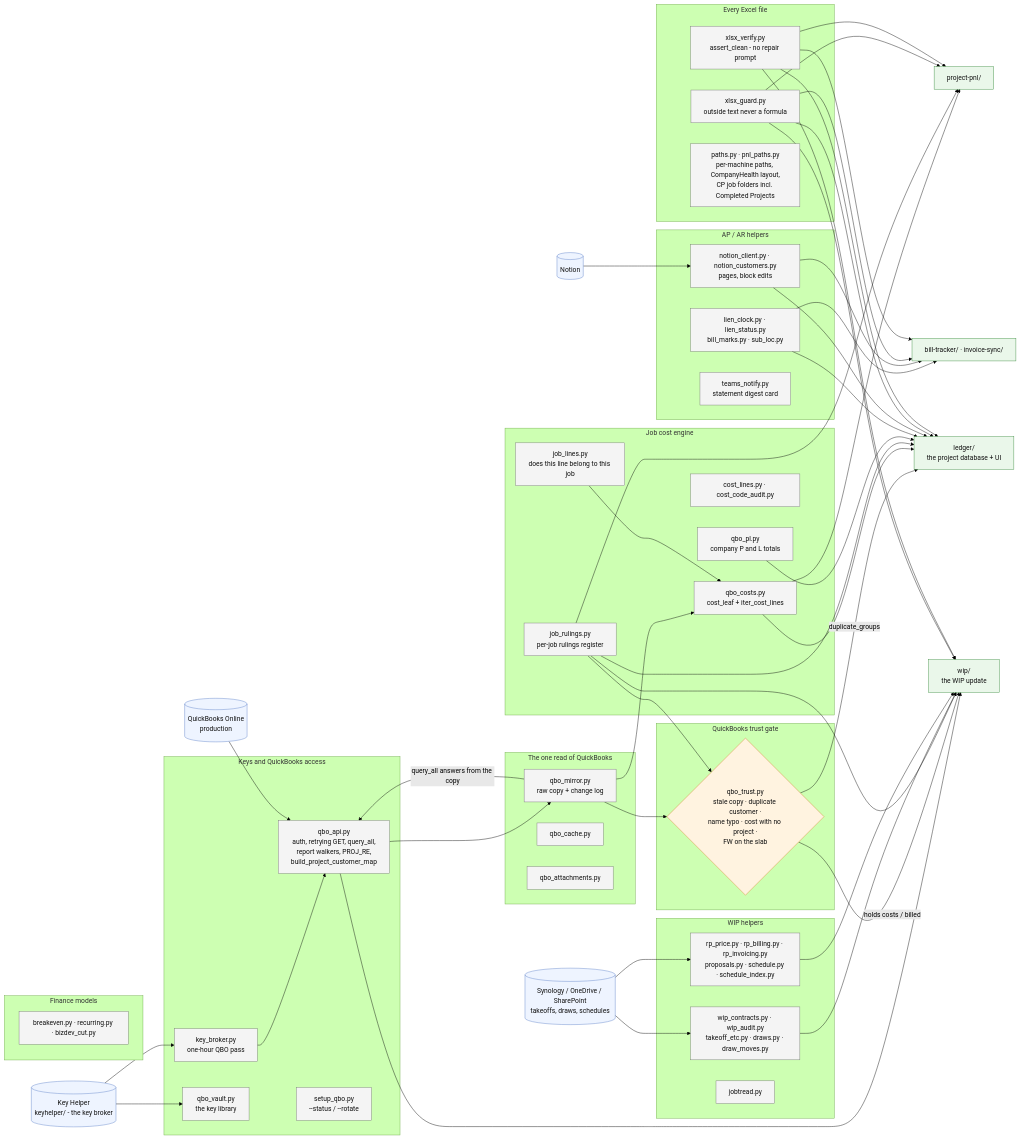
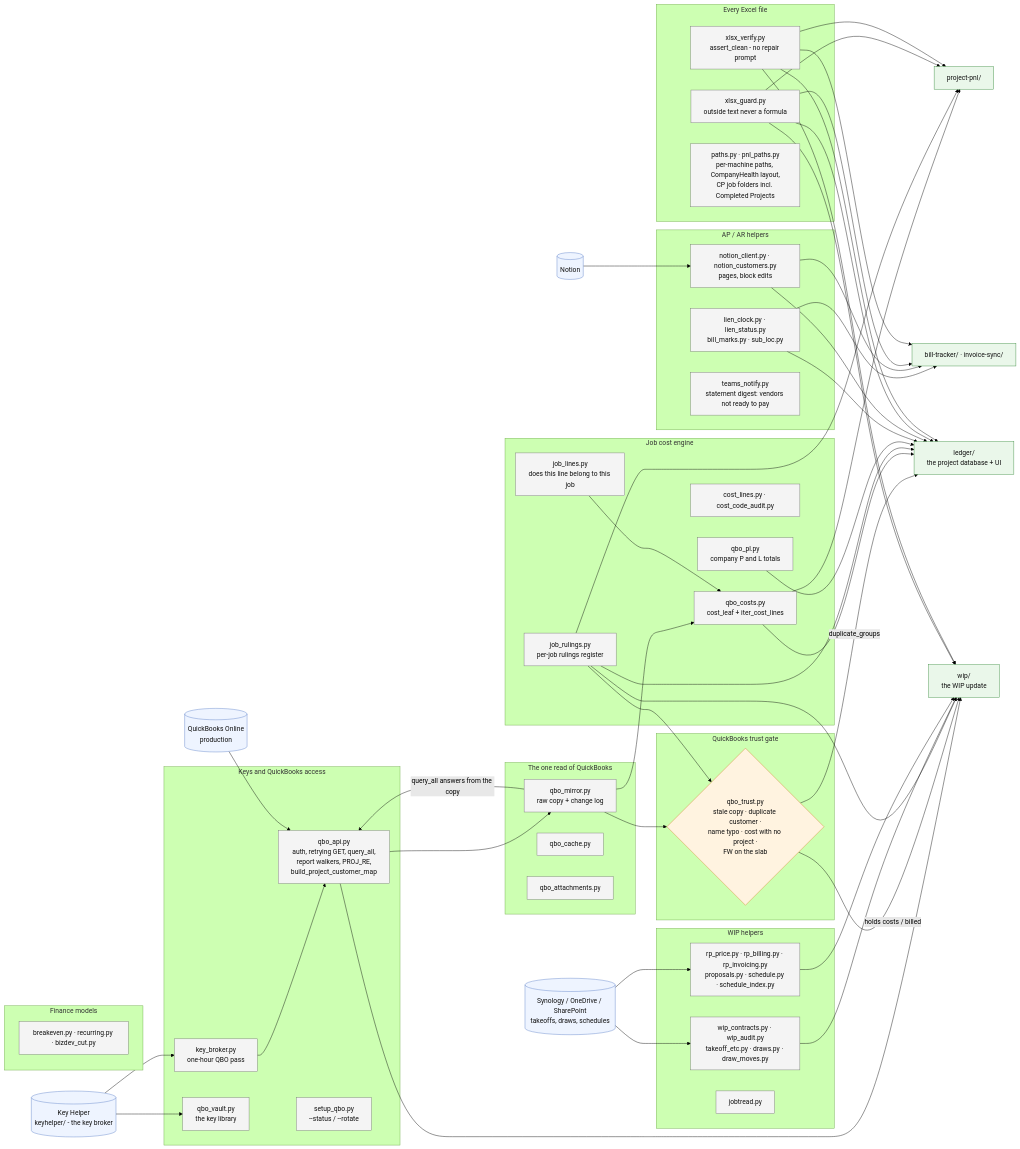
The diagram in shared/FLOW.md (Ecarlo-Proficient/Claude-Report), drawn with Mermaid (forest theme) before and after one commit. The commit also changed other lines of this file and 8 other files, not shown here.

```diff
--- a/shared/FLOW.md
+++ b/shared/FLOW.md
@@ -65,7 +65,7 @@
     subgraph LIEN["AP / AR helpers"]
         LC["lien_clock.py · lien_status.py<br/>bill_marks.py · sub_loc.py"]:::mod
         NC["notion_client.py · notion_customers.py<br/>pages, block edits"]:::mod
-        TN["teams_notify.py<br/>statement digest card"]:::mod
+        TN["teams_notify.py<br/>statement digest: vendors not ready to pay"]:::mod
     end
     NOT --> NC
 
```
